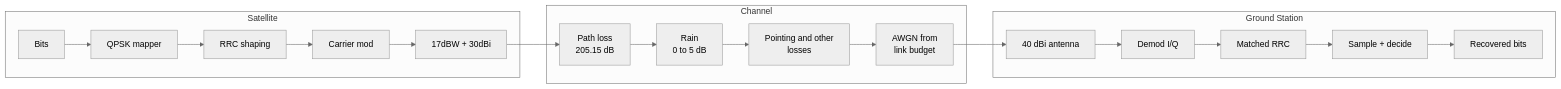
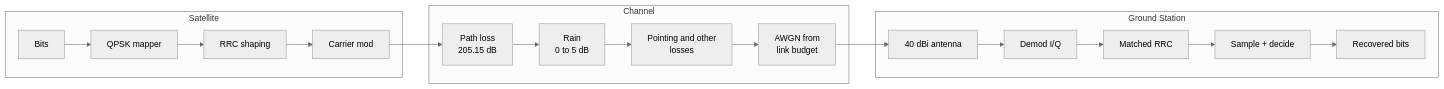
The diagram in README.md (pjiya304-bot/End-to-End-Satellite-downlink-simulation), drawn with Mermaid (neutral theme) before and after one commit.

````diff
--- a/README.md
+++ b/README.md
@@ -59,28 +59,28 @@
 ```mermaid
 flowchart LR
 subgraph SAT["Satellite"]
 A[Bits]
 B[QPSK mapper]
 C[RRC shaping]
 D[Carrier mod]
-E[17dBW + 30dBi]
-A --> B --> C --> D --> E
+
+A --> B --> C --> D 
 end
 subgraph CH["Channel"]
-F[Path loss<br/>205.15 dB]
-G[Rain<br/>0 to 5 dB]
-H[Pointing and other <br/>losses]
-I[AWGN from<br/>link budget]
-F --> G --> H --> I
+E[Path loss<br/>205.15 dB]
+F[Rain<br/>0 to 5 dB]
+G[Pointing and other <br/>losses]
+H[AWGN from<br/>link budget]
+E --> F --> G --> H
 end
 subgraph GS["Ground Station"]
-J[40 dBi antenna]
-K[Demod I/Q]
-L[Matched RRC]
-M[Sample + decide]
-N[Recovered bits]
-J --> K --> L --> M --> N
+I[40 dBi antenna]
+J[Demod I/Q]
+K[Matched RRC]
+L[Sample + decide]
+M[Recovered bits]
+I --> J --> K --> L --> M
 end
-E --> F
-I --> J
+D --> E
+H --> I
 ```
````
